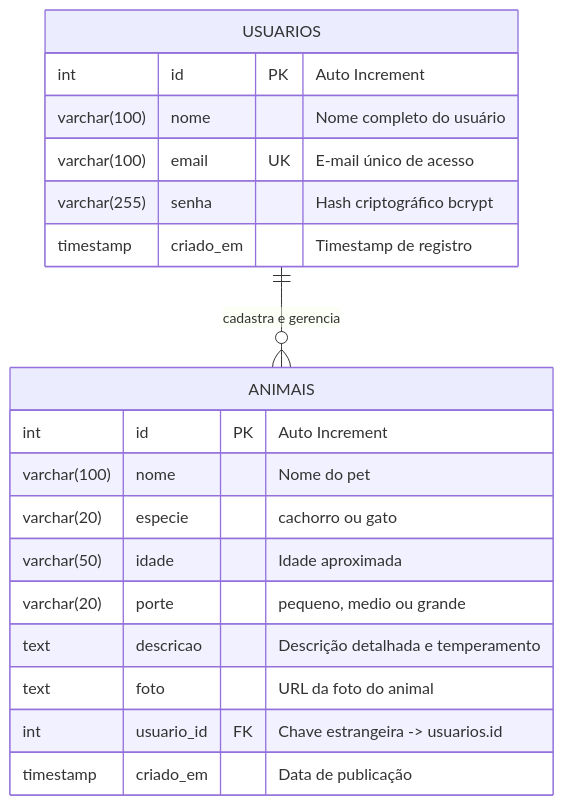
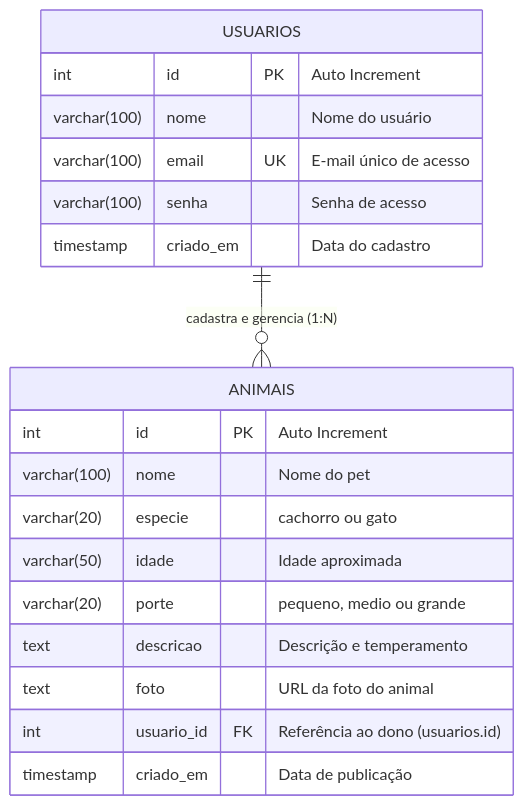
The second of 3 diagrams in DOCUMENTACAO_TECNICA.md (leonardoclisboa/AdotePet-Projeto-Academico), drawn with Mermaid before and after one commit. The commit also changed other lines of this file and 5 other files, not shown here.

````diff
--- a/DOCUMENTACAO_TECNICA.md
+++ b/DOCUMENTACAO_TECNICA.md
@@ -94,24 +91,24 @@
 ```mermaid
 erDiagram
-    USUARIOS ||--o{ ANIMAIS : "cadastra e gerencia"
+    USUARIOS ||--o{ ANIMAIS : "cadastra e gerencia (1:N)"
     
     USUARIOS {
         int id PK "Auto Increment"
-        varchar(100) nome "Nome completo do usuário"
+        varchar(100) nome "Nome do usuário"
         varchar(100) email UK "E-mail único de acesso"
-        varchar(255) senha "Hash criptográfico bcrypt"
-        timestamp criado_em "Timestamp de registro"
+        varchar(100) senha "Senha de acesso"
+        timestamp criado_em "Data do cadastro"
     }
 
     ANIMAIS {
         int id PK "Auto Increment"
         varchar(100) nome "Nome do pet"
         varchar(20) especie "cachorro ou gato"
         varchar(50) idade "Idade aproximada"
         varchar(20) porte "pequeno, medio ou grande"
-        text descricao "Descrição detalhada e temperamento"
+        text descricao "Descrição e temperamento"
         text foto "URL da foto do animal"
-        int usuario_id FK "Chave estrangeira -> usuarios.id"
+        int usuario_id FK "Referência ao dono (usuarios.id)"
         timestamp criado_em "Data de publicação"
     }
 ```
````
